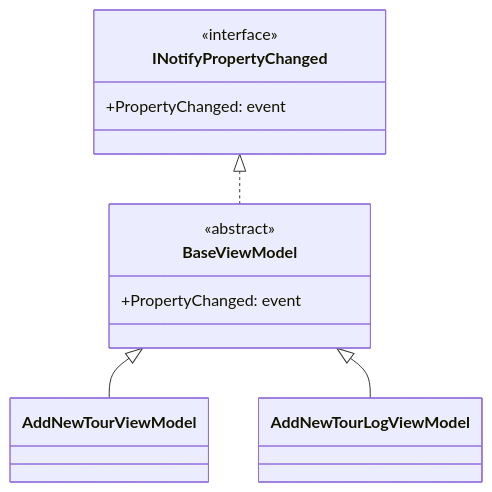
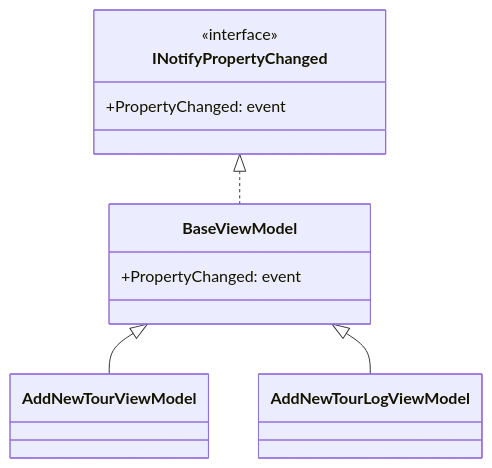
One commit to Janko2308/Tour-Guide changed the first of 3 diagrams in Protocol.md. Above: the diagram before and after it, drawn with Mermaid. The commit also changed other lines of this file, not shown here.

````diff
--- a/Protocol.md
+++ b/Protocol.md
@@ -25,23 +25,22 @@
 ```mermaid
 classDiagram
 direction TB
 
    class INotifyPropertyChanged {
         <<interface>>
         +PropertyChanged: event
     }
 
     class BaseViewModel {
-        <<abstract>>
         +PropertyChanged: event
     }
 
     class AddNewTourViewModel
 
     class AddNewTourLogViewModel
 
     INotifyPropertyChanged <|.. BaseViewModel
     BaseViewModel <|-- AddNewTourViewModel
     BaseViewModel <|-- AddNewTourLogViewModel
 
 ```
````
